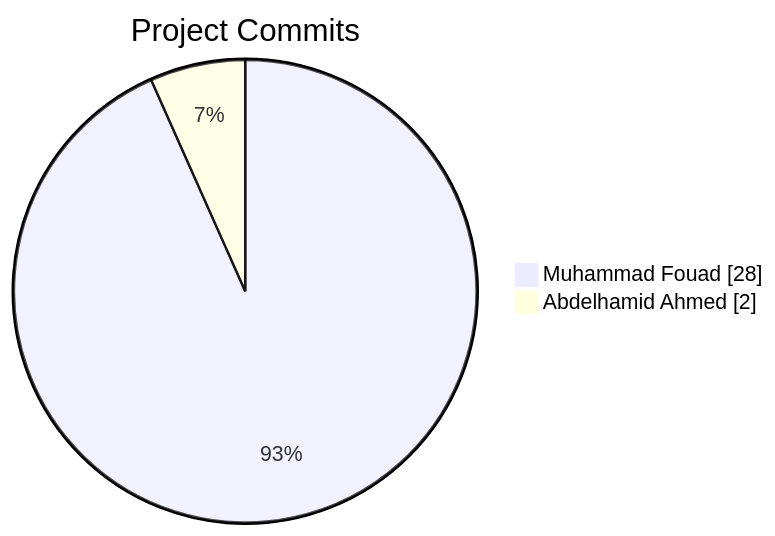
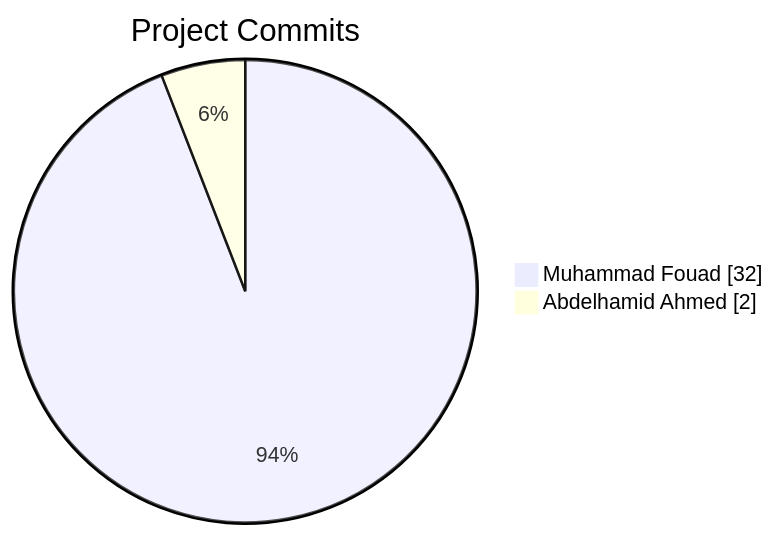
The diagram in README.md (Abdelhamid-El-rashidy/Library_System), drawn with Mermaid before and after one commit. The commit also changed other lines of this file and 2 other files, not shown here.

````diff
--- a/README.md
+++ b/README.md
@@ -10,6 +11,6 @@
 ```mermaid
 pie showData
     title Project Commits
-    "Muhammad Fouad" : 28
+    "Muhammad Fouad" : 32
     "Abdelhamid Ahmed" : 2
 ```
````
